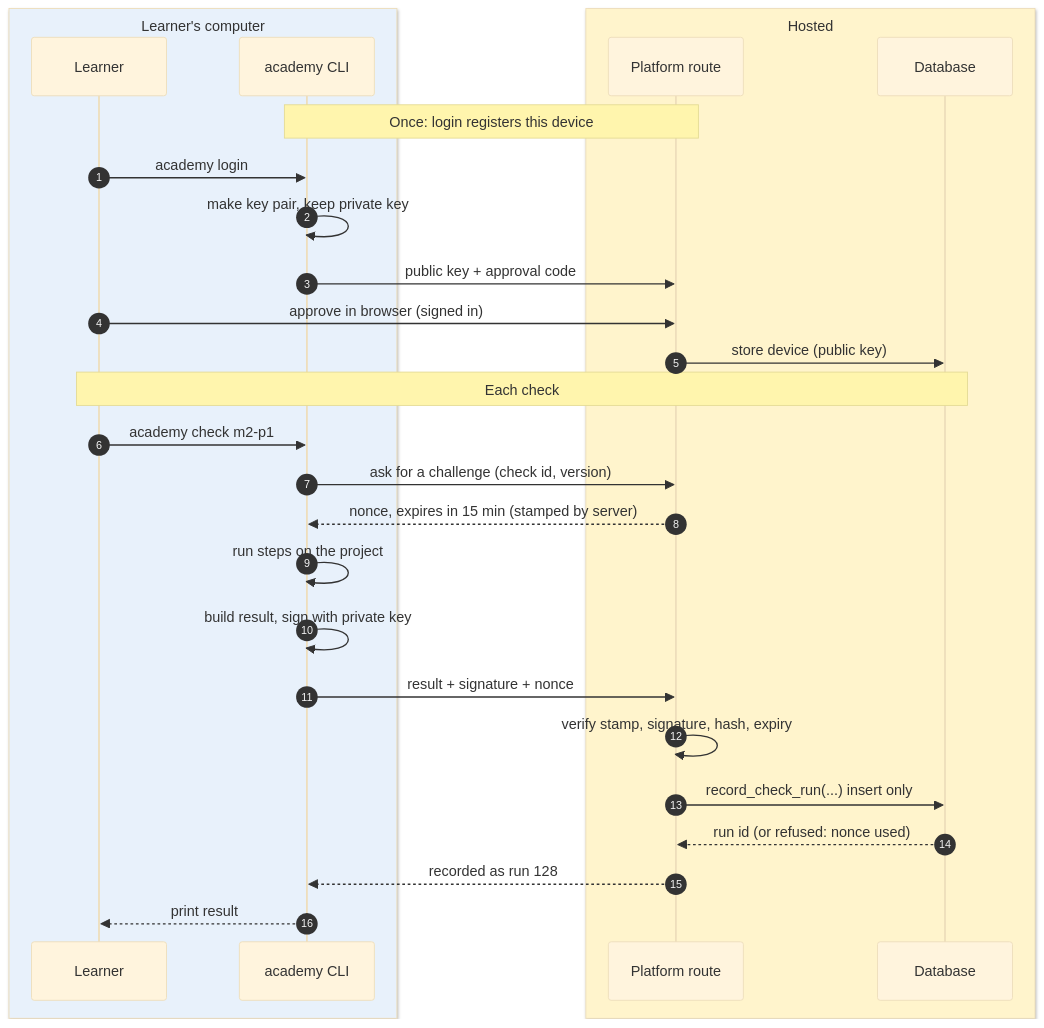
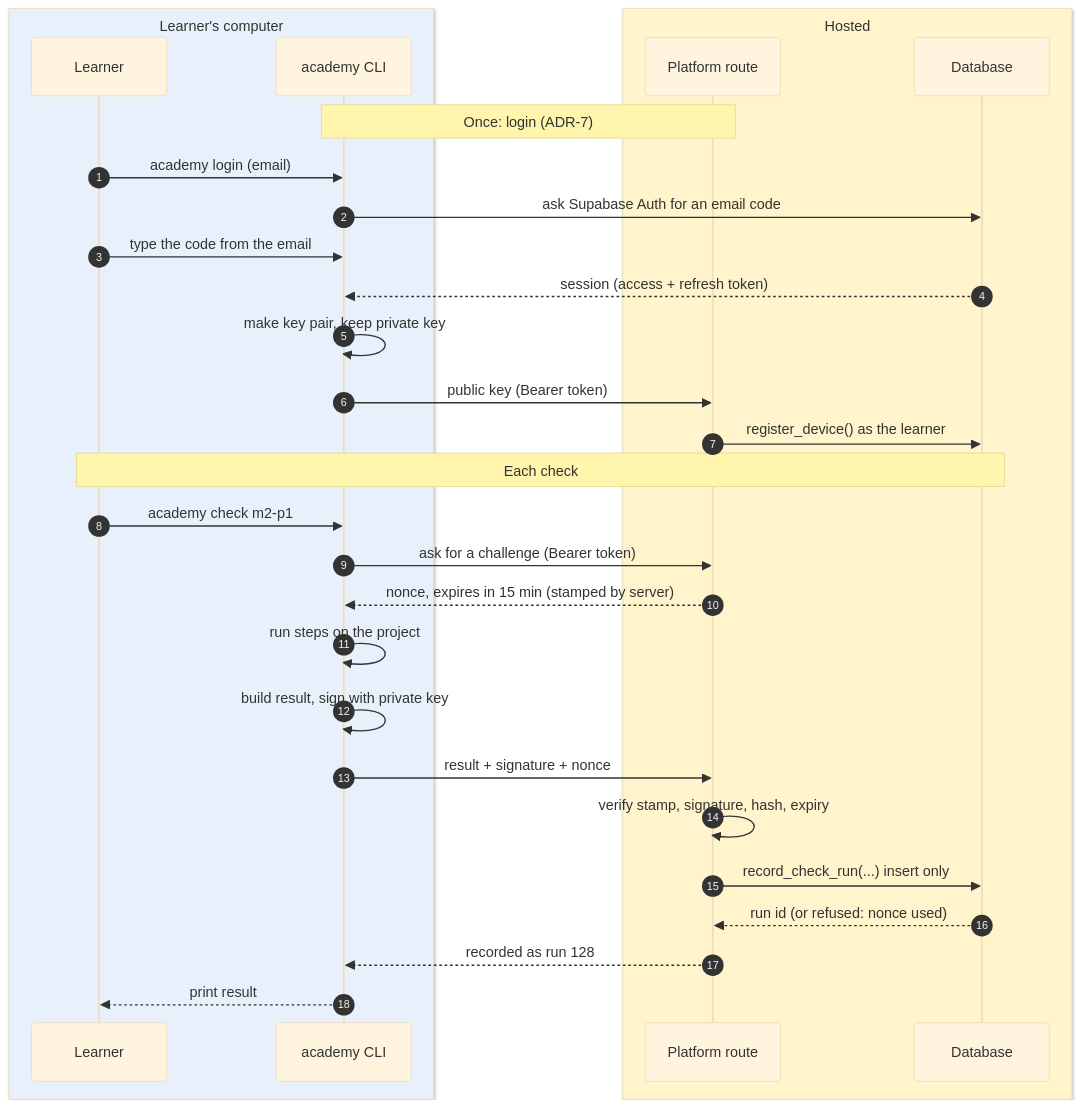
The diagram in docs/checker.md (srufai1/gpis-academy), drawn with Mermaid (base theme) before and after one commit. The commit also changed other lines of this file and 4 other files, not shown here.

First line of the commit message:
ADR-7: the CLI signs in with an email code; the device key only signs results

````diff
--- a/docs/checker.md
+++ b/docs/checker.md
@@ -74,32 +75,34 @@
 ```mermaid
 sequenceDiagram
   autonumber
   box rgb(232,241,251) Learner's computer
     participant L as Learner
     participant C as academy CLI
   end
   box rgb(255,244,204) Hosted
     participant P as Platform route
     participant D as Database
   end
 
-  Note over C,P: Once: login registers this device
-  L->>C: academy login
+  Note over C,P: Once: login (ADR-7)
+  L->>C: academy login (email)
+  C->>D: ask Supabase Auth for an email code
+  L->>C: type the code from the email
+  D-->>C: session (access + refresh token)
   C->>C: make key pair, keep private key
-  C->>P: public key + approval code
-  L->>P: approve in browser (signed in)
-  P->>D: store device (public key)
+  C->>P: public key (Bearer token)
+  P->>D: register_device() as the learner
 
   Note over L,D: Each check
   L->>C: academy check m2-p1
-  C->>P: ask for a challenge (check id, version)
+  C->>P: ask for a challenge (Bearer token)
   P-->>C: nonce, expires in 15 min (stamped by server)
   C->>C: run steps on the project
   C->>C: build result, sign with private key
   C->>P: result + signature + nonce
   P->>P: verify stamp, signature, hash, expiry
   P->>D: record_check_run(...) insert only
   D-->>P: run id (or refused: nonce used)
   P-->>C: recorded as run 128
   C-->>L: print result
 ```
````
